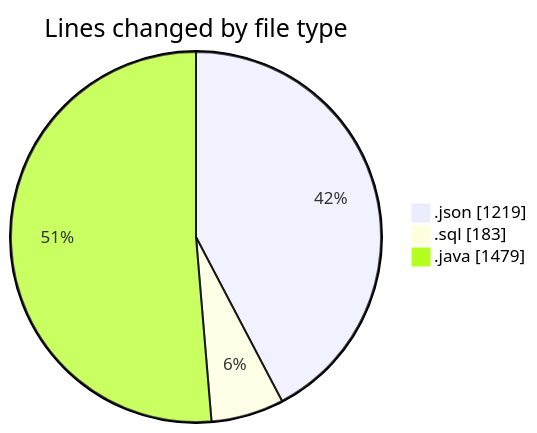
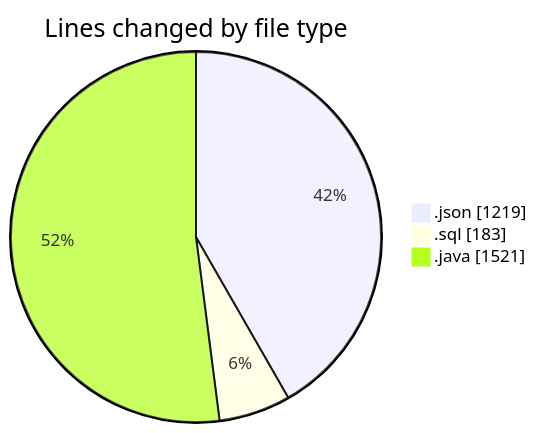
One commit to ricardozamudiocil/code-tracking changed the first of 2 diagrams in 2026-06-16/cilapp/README.md. Above: the diagram before and after it, drawn with Mermaid. The commit also changed other lines of this file and 1 other file, not shown here.

````diff
--- a/2026-06-16/cilapp/README.md
+++ b/2026-06-16/cilapp/README.md
@@ -25,7 +25,7 @@
 ```mermaid
 pie showData
 title Lines changed by file type
 ".json" : 1219
 ".sql" : 183
-".java" : 1479
+".java" : 1521
 ```
````
